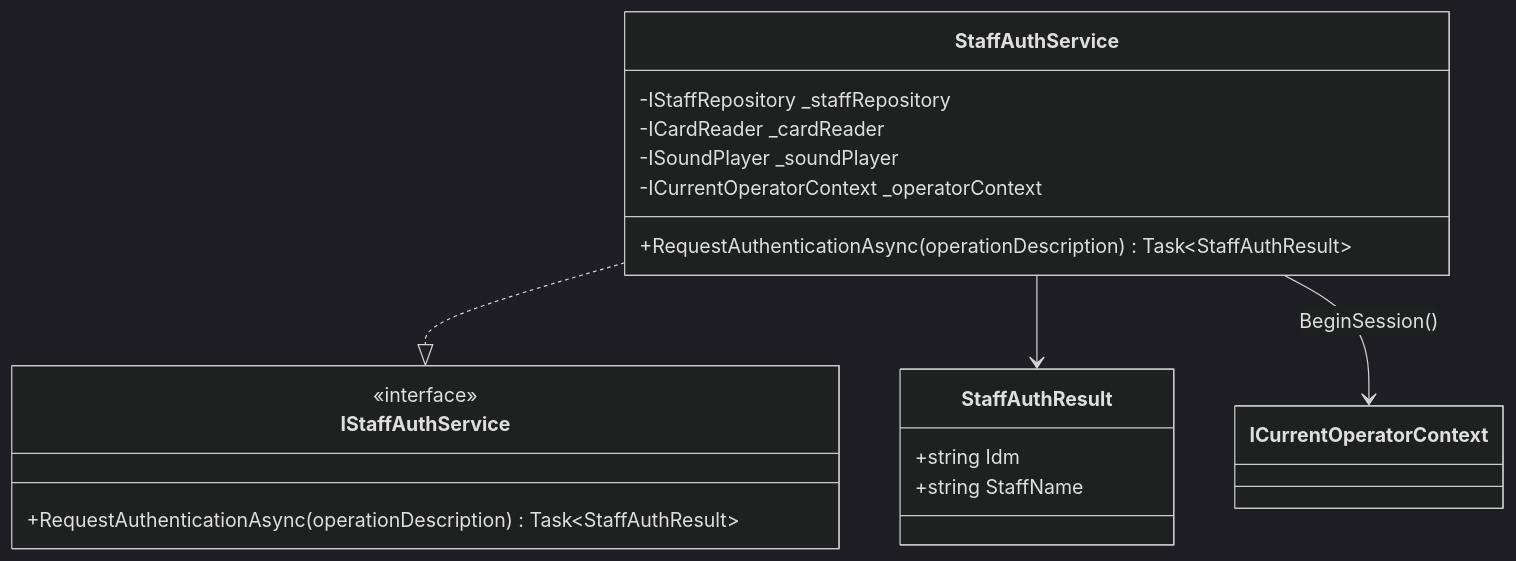
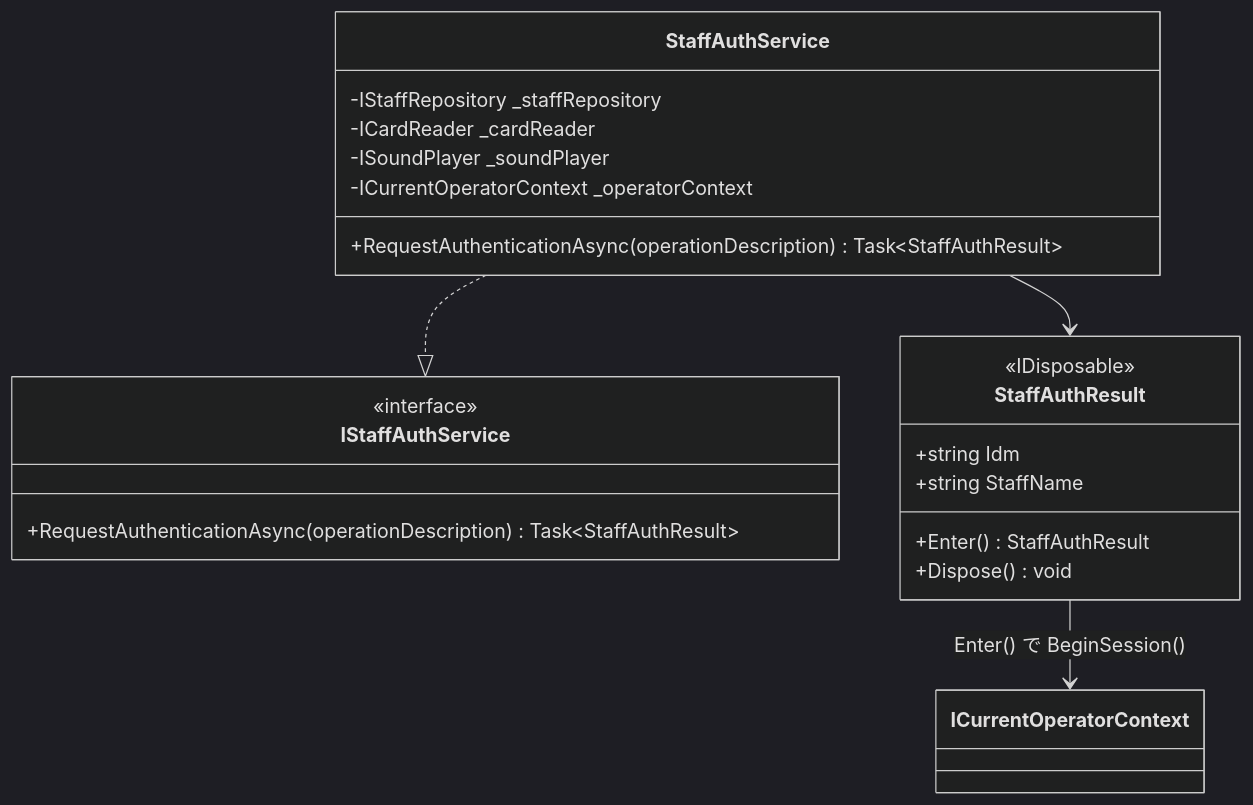
Before and after one commit to kuwayamamasayuki/ICCardManager: diagram 26 of 54 in ICCardManager/docs/design/05_クラス設計書.md, drawn with Mermaid (dark theme). The commit also changed other lines of this file and 29 other files, not shown here.

````diff
--- a/ICCardManager/docs/design/05_クラス設計書.md
+++ b/ICCardManager/docs/design/05_クラス設計書.md
@@ -2172,24 +2172,27 @@
 ```mermaid
 classDiagram
     class IStaffAuthService {
         <<interface>>
         +RequestAuthenticationAsync(operationDescription) Task~StaffAuthResult~
     }
 
     class StaffAuthService {
         -IStaffRepository _staffRepository
         -ICardReader _cardReader
         -ISoundPlayer _soundPlayer
         -ICurrentOperatorContext _operatorContext
         +RequestAuthenticationAsync(operationDescription) Task~StaffAuthResult~
     }
 
     class StaffAuthResult {
+        <<IDisposable>>
         +string Idm
         +string StaffName
+        +Enter() StaffAuthResult
+        +Dispose() void
     }
 
     StaffAuthService ..|> IStaffAuthService
     StaffAuthService --> StaffAuthResult
-    StaffAuthService --> ICurrentOperatorContext : BeginSession()
+    StaffAuthResult --> ICurrentOperatorContext : Enter() で BeginSession()
 ```
````
